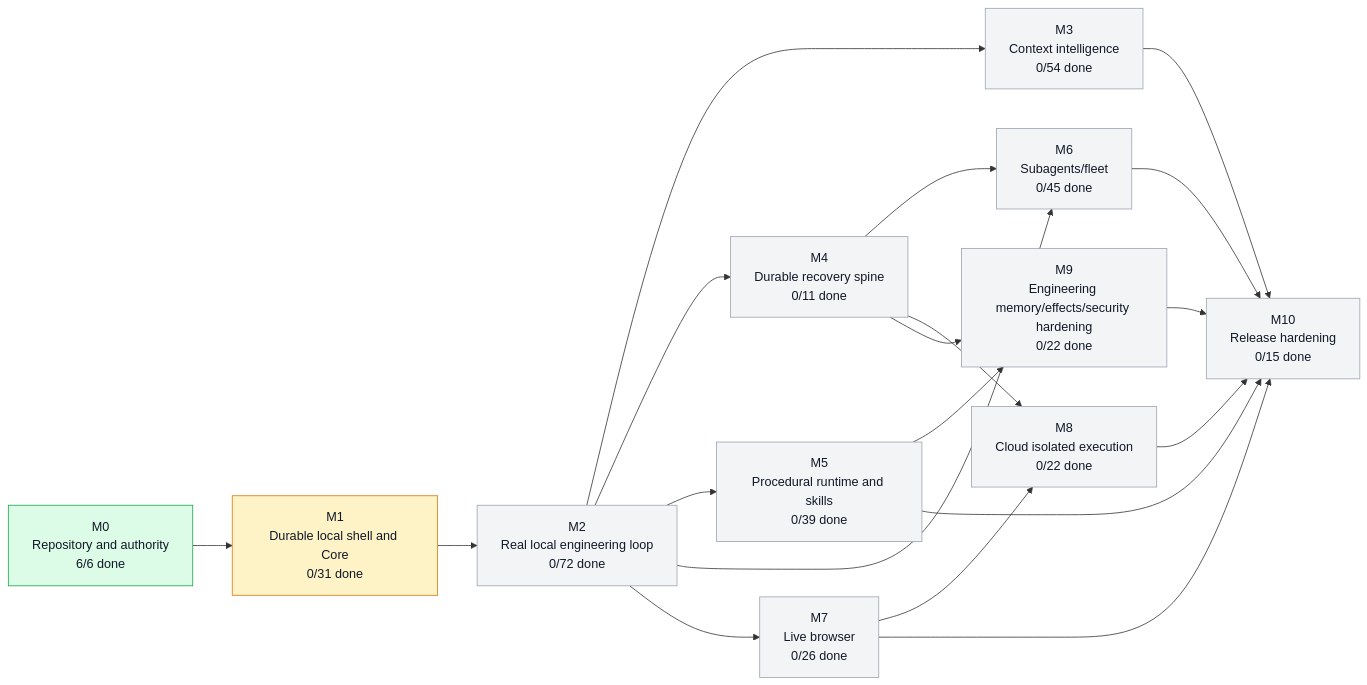
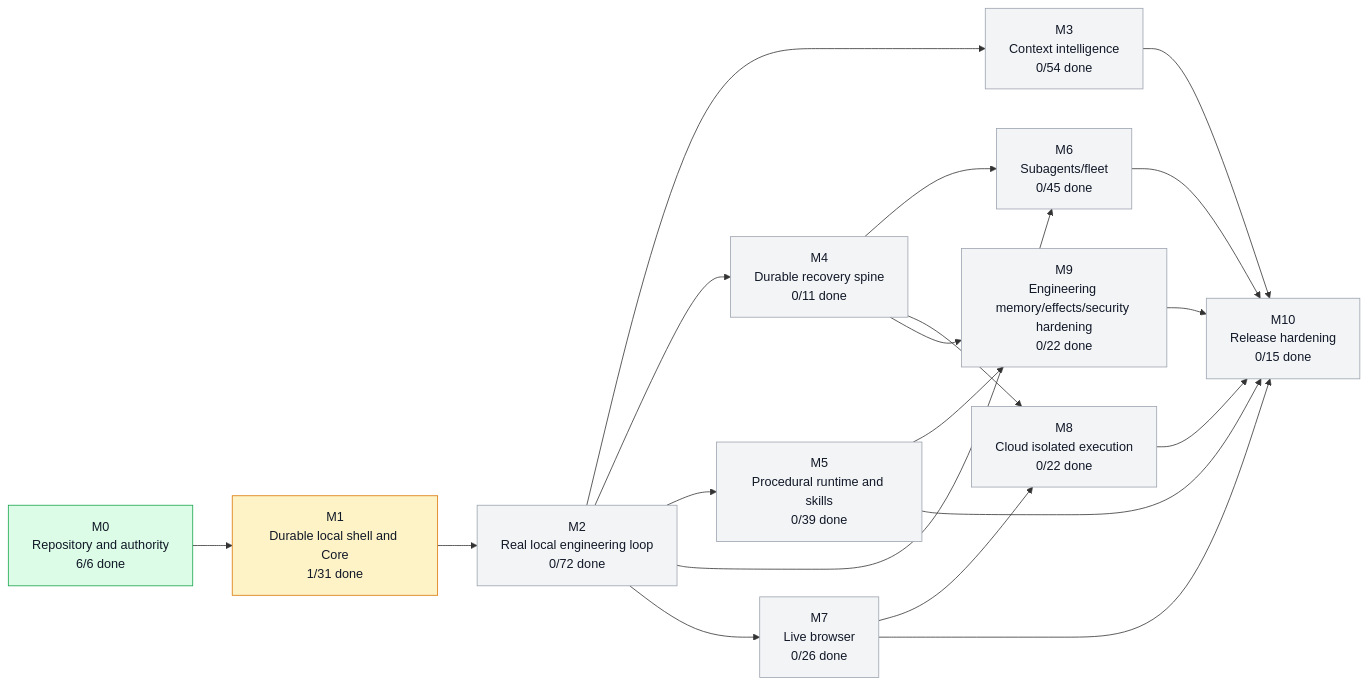
One commit to moss101/zmodbit changed the first of 3 diagrams in graph/PROJECT_GRAPH.md. Above: the diagram before and after it, drawn with Mermaid. The commit also changed other lines of this file and 3 other files, not shown here.

````diff
--- a/graph/PROJECT_GRAPH.md
+++ b/graph/PROJECT_GRAPH.md
@@ -43,43 +43,43 @@
 ```mermaid
 flowchart LR
   M0["M0<br/>Repository and authority<br/>6/6 done"]
-  M1["M1<br/>Durable local shell and Core<br/>0/31 done"]
+  M1["M1<br/>Durable local shell and Core<br/>1/31 done"]
   M2["M2<br/>Real local engineering loop<br/>0/72 done"]
   M3["M3<br/>Context intelligence<br/>0/54 done"]
   M4["M4<br/>Durable recovery spine<br/>0/11 done"]
   M5["M5<br/>Procedural runtime and skills<br/>0/39 done"]
   M6["M6<br/>Subagents/fleet<br/>0/45 done"]
   M7["M7<br/>Live browser<br/>0/26 done"]
   M8["M8<br/>Cloud isolated execution<br/>0/22 done"]
   M9["M9<br/>Engineering memory/effects/security hardening<br/>0/22 done"]
   M10["M10<br/>Release hardening<br/>0/15 done"]
   M0 --> M1
   M1 --> M2
   M2 --> M3
   M2 --> M4
   M2 --> M5
   M2 --> M6
   M4 --> M6
   M2 --> M7
   M4 --> M8
   M7 --> M8
   M4 --> M9
   M5 --> M9
   M3 --> M10
   M5 --> M10
   M6 --> M10
   M7 --> M10
   M8 --> M10
   M9 --> M10
   style M0 fill:#dcfce7,stroke:#16a34a,color:#111827
   style M1 fill:#fef3c7,stroke:#d97706,color:#111827
   style M2 fill:#f3f4f6,stroke:#9ca3af,color:#111827
   style M3 fill:#f3f4f6,stroke:#9ca3af,color:#111827
   style M4 fill:#f3f4f6,stroke:#9ca3af,color:#111827
   style M5 fill:#f3f4f6,stroke:#9ca3af,color:#111827
   style M6 fill:#f3f4f6,stroke:#9ca3af,color:#111827
   style M7 fill:#f3f4f6,stroke:#9ca3af,color:#111827
   style M8 fill:#f3f4f6,stroke:#9ca3af,color:#111827
   style M9 fill:#f3f4f6,stroke:#9ca3af,color:#111827
   style M10 fill:#f3f4f6,stroke:#9ca3af,color:#111827
 ```
````
